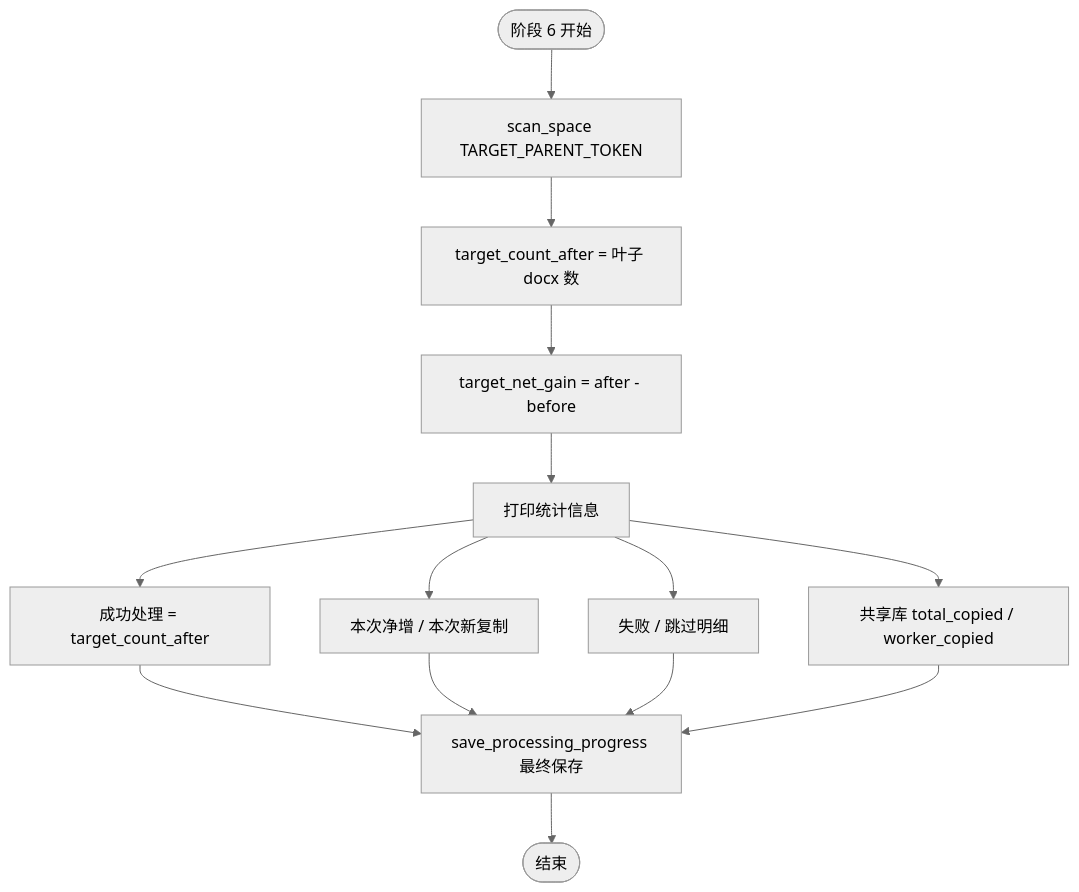
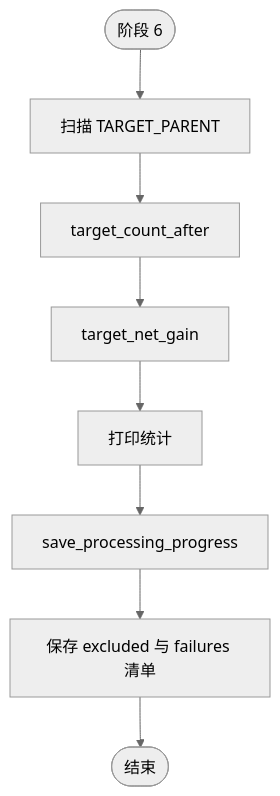
The ninth of 11 diagrams in docs/AI_DocClassifier说明文档.md (Leonard49/AI_DocClassifier), drawn with Mermaid (neutral theme) before and after one commit. The commit also changed other lines of this file and 1 other file, not shown here.

First line of the commit message:
Fix Mermaid flowcharts in docs and enable preview in workspace settings.

````diff
--- a/docs/AI_DocClassifier说明文档.md
+++ b/docs/AI_DocClassifier说明文档.md
@@ -776,18 +782,10 @@
 ```mermaid
 flowchart TD
-    V0([阶段 6 开始]) --> V1[scan_space TARGET_PARENT_TOKEN]
-    V1 --> V2[target_count_after = 叶子 docx 数]
-    V2 --> V3[target_net_gain = after - before]
-
-    V3 --> V4[打印统计信息]
-    V4 --> V4A[成功处理 = target_count_after]
-    V4 --> V4B[本次净增 / 本次新复制]
-    V4 --> V4C[失败 / 跳过明细]
-    V4 --> V4D[共享库 total_copied / worker_copied]
-
-    V4A --> V5[save_processing_progress 最终保存]
-    V4B --> V5
-    V4C --> V5
-    V4D --> V5
-    V5 --> V6([结束])
+    V0([阶段 6]) --> V1[扫描 TARGET_PARENT]
+    V1 --> V2[target_count_after]
+    V2 --> V3[target_net_gain]
+    V3 --> V4[打印统计]
+    V4 --> V5[save_processing_progress]
+    V5 --> V6[保存 excluded 与 failures 清单]
+    V6 --> V7([结束])
 ```
````
